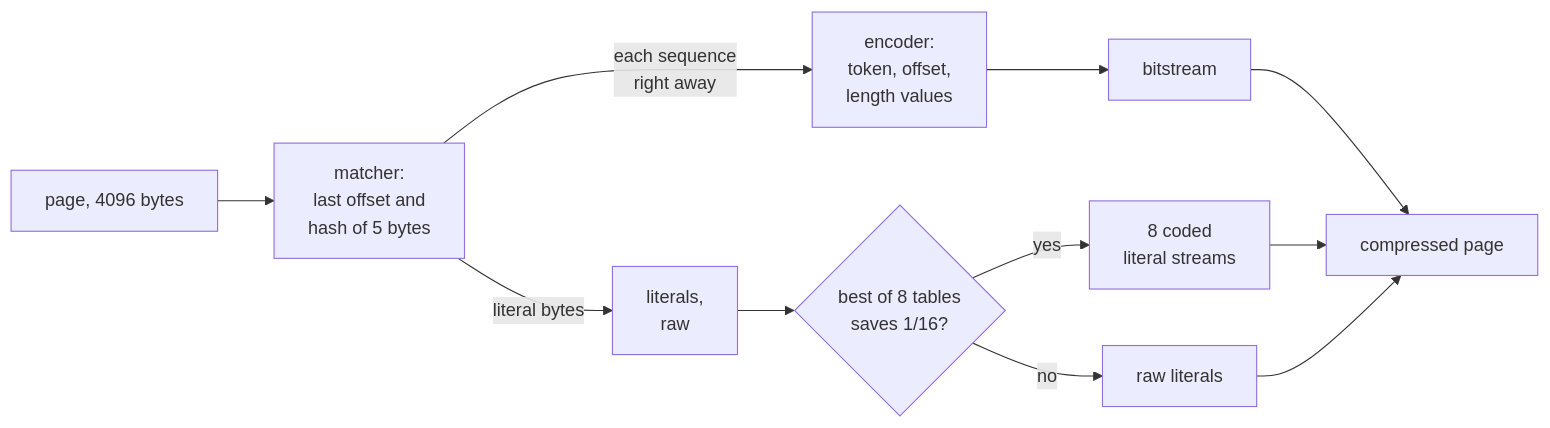
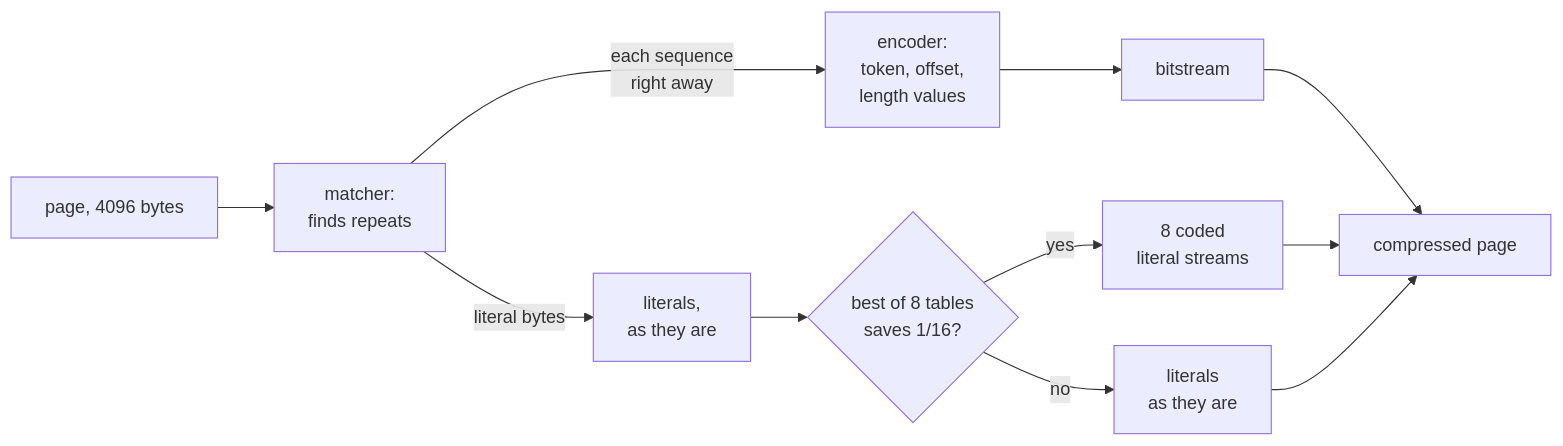
One commit to martinus/quetschn changed the second of 3 diagrams in docs/seqlz.md. Above: the diagram before and after it, drawn with Mermaid. The commit also changed other lines of this file, not shown here.

````diff
--- a/docs/seqlz.md
+++ b/docs/seqlz.md
@@ -485,13 +529,13 @@
 ```mermaid
 flowchart LR
-    P["page, 4096 bytes"] --> M["matcher:<br/>last offset and<br/>hash of 5 bytes"]
+    P["page, 4096 bytes"] --> M["matcher:<br/>finds repeats"]
     M -->|"each sequence<br/>right away"| E["encoder:<br/>token, offset,<br/>length values"]
-    M -->|"literal bytes"| L["literals,<br/>raw"]
+    M -->|"literal bytes"| L["literals,<br/>as they are"]
     E --> B["bitstream"]
     L --> Q{"best of 8 tables<br/>saves 1/16?"}
     Q -->|yes| C["8 coded<br/>literal streams"]
-    Q -->|no| R["raw literals"]
+    Q -->|no| R["literals<br/>as they are"]
     B --> O["compressed page"]
     C --> O
     R --> O
 ```
````
